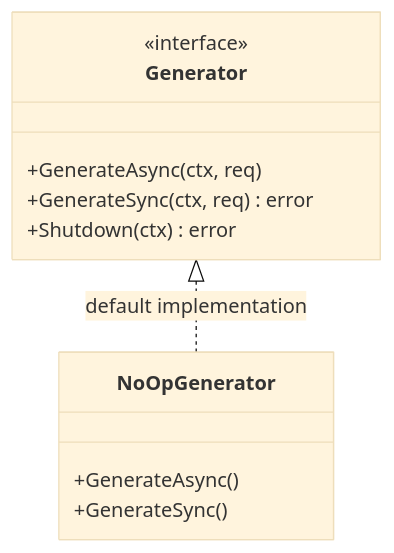
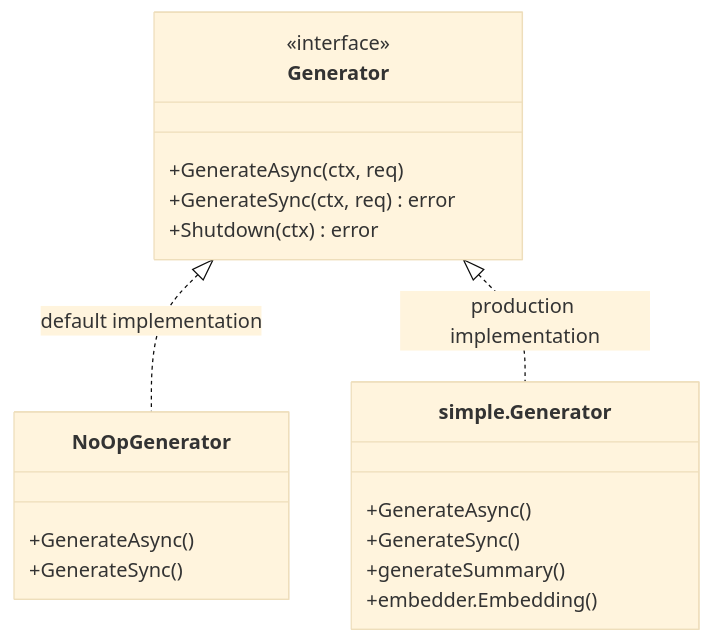
One commit to 88lin/divinesense changed the diagram in ai/memory/README.md. Above: the diagram before and after it, drawn with Mermaid (base theme). The commit also changed other lines of this file and 27 other files, not shown here.

````diff
--- a/ai/memory/README.md
+++ b/ai/memory/README.md
@@ -7,15 +7,22 @@
 ```mermaid
 classDiagram
     class Generator {
         <<interface>>
         +GenerateAsync(ctx, req)
         +GenerateSync(ctx, req) error
         +Shutdown(ctx) error
     }
     class NoOpGenerator {
         +GenerateAsync()
         +GenerateSync()
     }
-    
+    class simple.Generator {
+        +GenerateAsync()
+        +GenerateSync()
+        +generateSummary()
+        +embedder.Embedding()
+    }
+
     Generator <|.. NoOpGenerator : default implementation
+    Generator <|.. simple.Generator : production implementation
 ```
````
